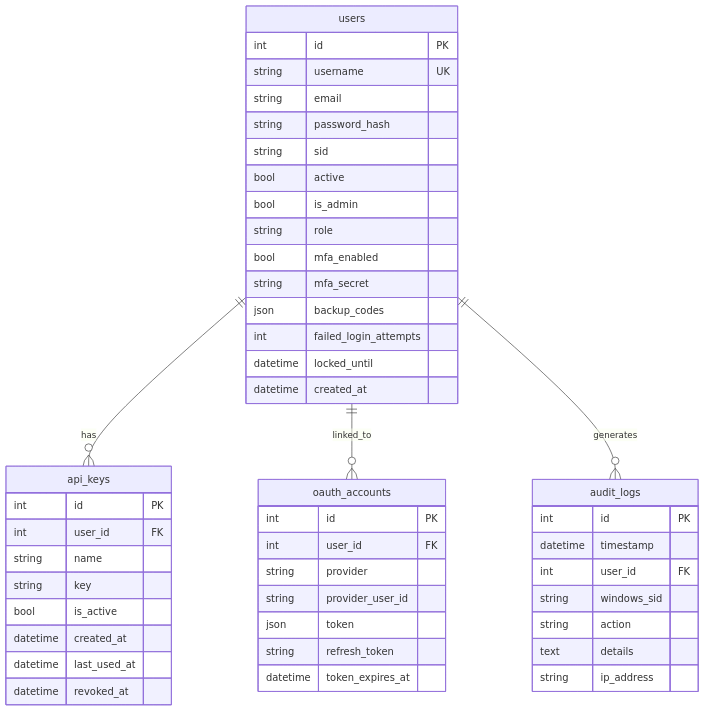
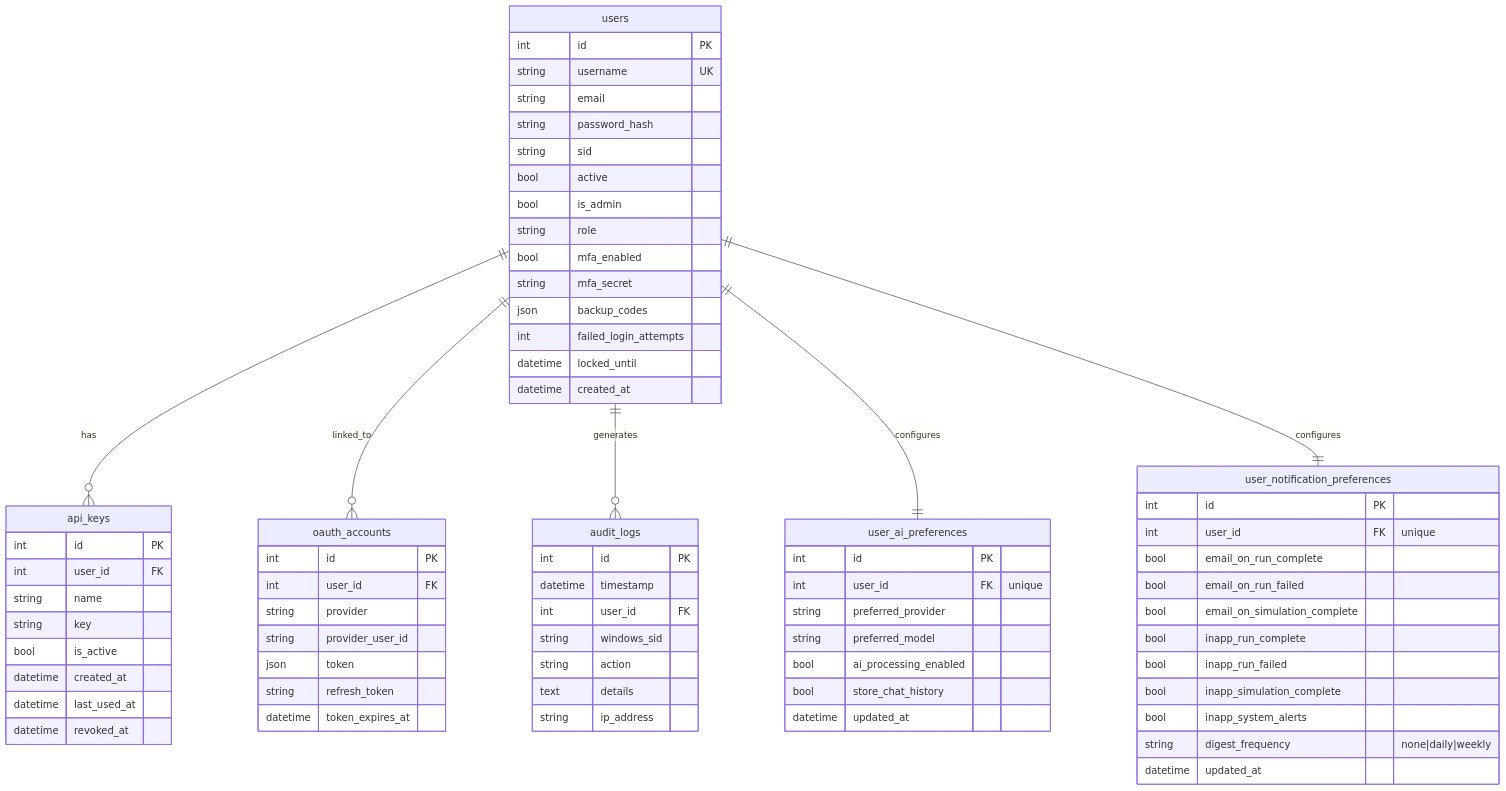
The second of 5 diagrams in docs/DATABASE_SCHEMA.md (kherrera6219/DataLogicEngine), drawn with Mermaid before and after one commit. The commit also changed other lines of this file and 3 other files, not shown here.

First line of the commit message:
docs: update audit log, schema, API reference, and routes audit for Sprint 4 + notification migration

````diff
--- a/docs/DATABASE_SCHEMA.md
+++ b/docs/DATABASE_SCHEMA.md
@@ -135,54 +135,80 @@
 ```mermaid
 erDiagram
     users {
         int id PK
         string username UK
         string email
         string password_hash
         string sid
         bool active
         bool is_admin
         string role
         bool mfa_enabled
         string mfa_secret
         json backup_codes
         int failed_login_attempts
         datetime locked_until
         datetime created_at
     }
 
     api_keys {
         int id PK
         int user_id FK
         string name
         string key
         bool is_active
         datetime created_at
         datetime last_used_at
         datetime revoked_at
     }
 
     oauth_accounts {
         int id PK
         int user_id FK
         string provider
         string provider_user_id
         json token
         string refresh_token
         datetime token_expires_at
     }
 
     audit_logs {
         int id PK
         datetime timestamp
         int user_id FK
         string windows_sid
         string action
         text details
         string ip_address
     }
 
+    user_ai_preferences {
+        int id PK
+        int user_id FK "unique"
+        string preferred_provider
+        string preferred_model
+        bool ai_processing_enabled
+        bool store_chat_history
+        datetime updated_at
+    }
+
+    user_notification_preferences {
+        int id PK
+        int user_id FK "unique"
+        bool email_on_run_complete
+        bool email_on_run_failed
+        bool email_on_simulation_complete
+        bool inapp_run_complete
+        bool inapp_run_failed
+        bool inapp_simulation_complete
+        bool inapp_system_alerts
+        string digest_frequency "none|daily|weekly"
+        datetime updated_at
+    }
+
     users ||--o{ api_keys : has
     users ||--o{ oauth_accounts : linked_to
     users ||--o{ audit_logs : generates
+    users ||--|| user_ai_preferences : configures
+    users ||--|| user_notification_preferences : configures
 ```
````
